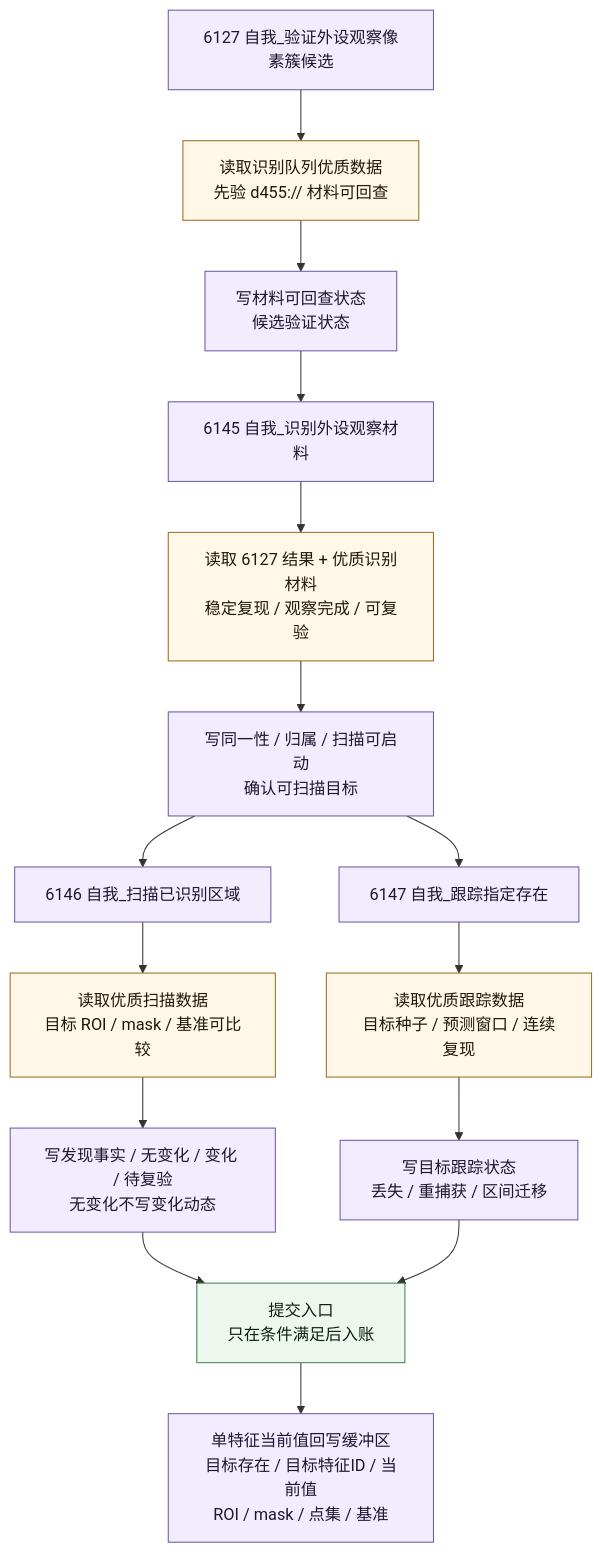
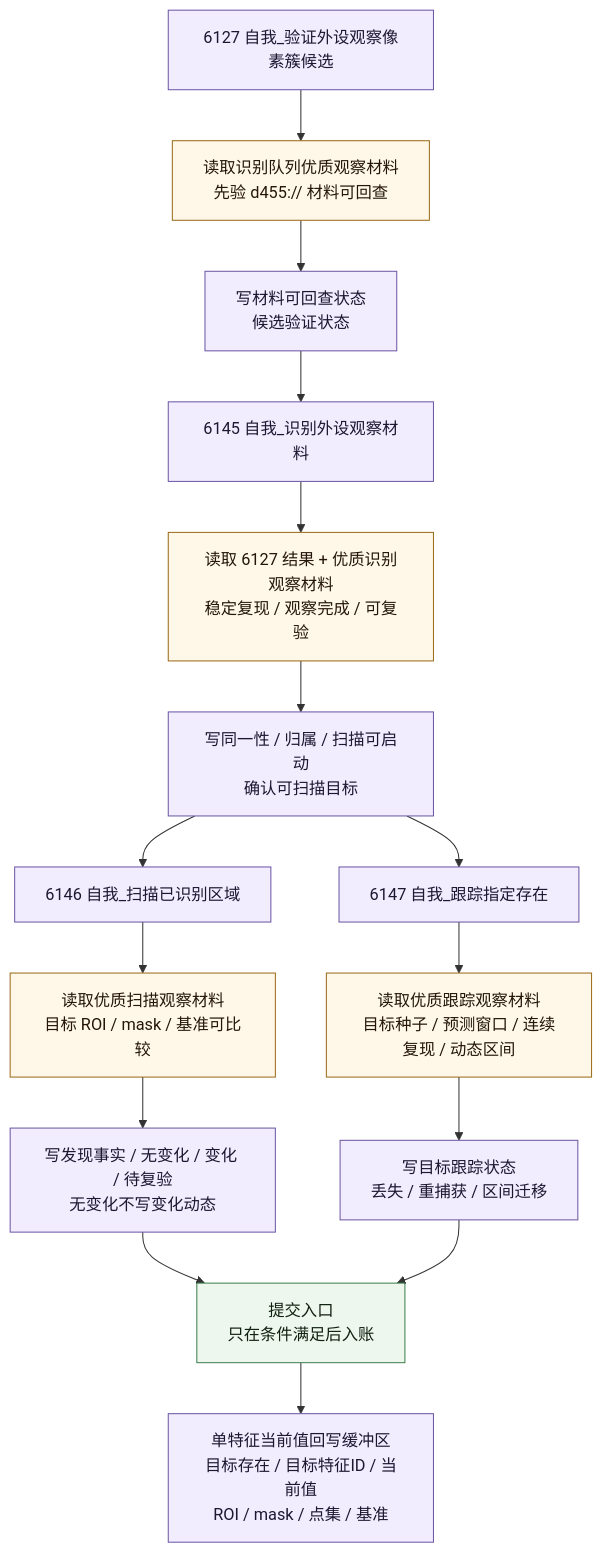
One commit to chunhaizh-cyber/Birthplace-of-digital-civilization changed the third of 3 diagrams in 流程图/20260606_外设工作流程图_v0.2.md. Above: the diagram before and after it, drawn with Mermaid. The commit also changed other lines of this file and 7 other files, not shown here.

Commit message:
修订外设流程图正式承接口径

````diff
--- a/流程图/20260606_外设工作流程图_v0.2.md
+++ b/流程图/20260606_外设工作流程图_v0.2.md
@@ -149,33 +150,33 @@
 ```mermaid
 flowchart TB
     A["6127 自我_验证外设观察像素簇候选"]
-    B["读取识别队列优质数据<br/>先验 d455:// 材料可回查"]
+    B["读取识别队列优质观察材料<br/>先验 d455:// 材料可回查"]
     C["写材料可回查状态<br/>候选验证状态"]
     D["6145 自我_识别外设观察材料"]
-    E["读取 6127 结果 + 优质识别材料<br/>稳定复现 / 观察完成 / 可复验"]
+    E["读取 6127 结果 + 优质识别观察材料<br/>稳定复现 / 观察完成 / 可复验"]
     F["写同一性 / 归属 / 扫描可启动<br/>确认可扫描目标"]
     G["6146 自我_扫描已识别区域"]
-    H["读取优质扫描数据<br/>目标 ROI / mask / 基准可比较"]
+    H["读取优质扫描观察材料<br/>目标 ROI / mask / 基准可比较"]
     I["写发现事实 / 无变化 / 变化 / 待复验<br/>无变化不写变化动态"]
     J["6147 自我_跟踪指定存在"]
-    K["读取优质跟踪数据<br/>目标种子 / 预测窗口 / 连续复现"]
+    K["读取优质跟踪观察材料<br/>目标种子 / 预测窗口 / 连续复现 / 动态区间"]
     L["写目标跟踪状态<br/>丢失 / 重捕获 / 区间迁移"]
     M["提交入口<br/>只在条件满足后入账"]
     N["单特征当前值回写缓冲区<br/>目标存在 / 目标特征ID / 当前值<br/>ROI / mask / 点集 / 基准"]
 
     A --> B --> C --> D
     D --> E --> F --> G
     G --> H --> I --> M
     F --> J
     J --> K --> L --> M
     M --> N
 
     classDef self fill:#f1edff,stroke:#6c56a4,color:#1d1730;
     classDef quality fill:#fff8e8,stroke:#9a6a1a,color:#24160a;
     classDef submit fill:#eef7ed,stroke:#3f7f4f,color:#102010;
 
     class A,D,G,J self;
     class B,E,H,K quality;
     class C,F,I,L,N self;
     class M submit;
 ```
````
